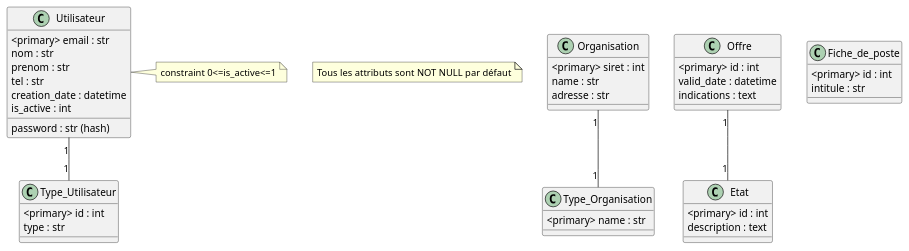
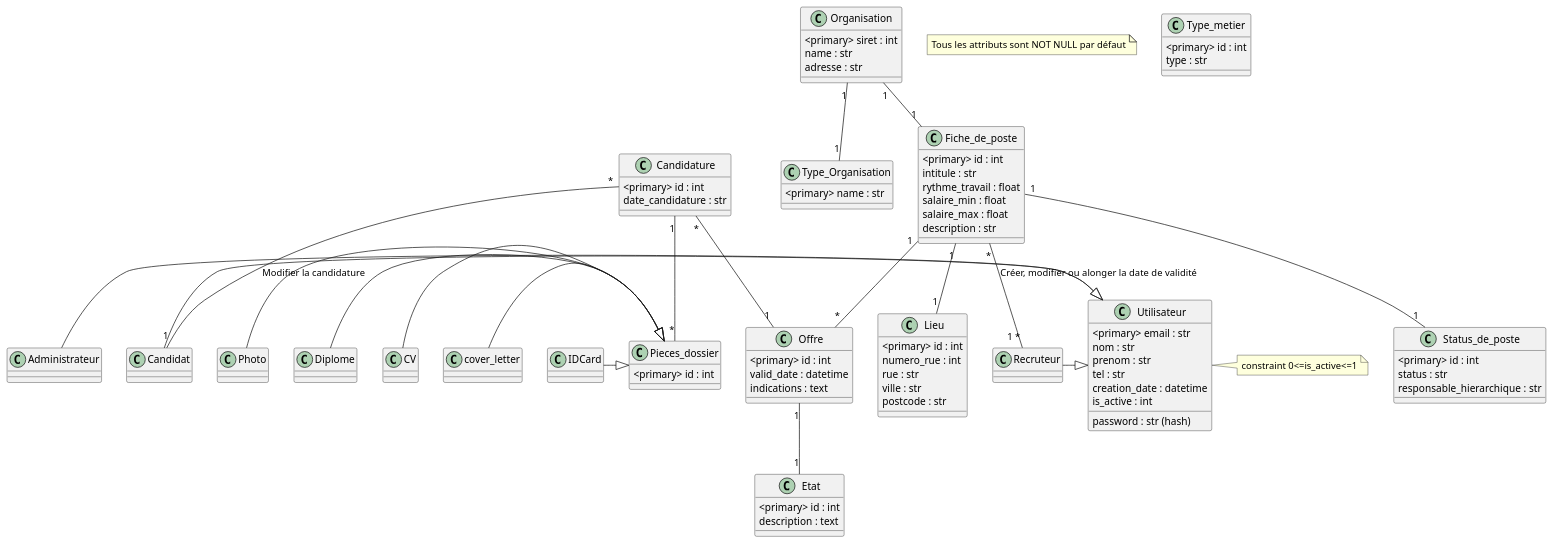
Before and after one commit to alexandreeberhardt/SR10_Website: the diagram in TD1/UML.puml, drawn with PlantUML.

Commit message:
puml for database

```diff
--- a/TD1/UML.puml
+++ b/TD1/UML.puml
@@ -1,54 +1,115 @@
 @startuml
 note "Tous les attributs sont NOT NULL par défaut" as note
 
 
-class Type_Utilisateur{
-  <primary> id : int 
-  type : str
-}
 
 
 class Utilisateur{
   <primary> email : str
   password : str (hash)
   nom : str
   prenom : str
   tel : str
   creation_date : datetime
   is_active : int
 }
 note right
   constraint 0<=is_active<=1
 end note
+
+class Administrateur{
+}
+
+class Candidat{
+}
+class Recruteur{
+}
+
+
 
 class Type_Organisation{
   <primary> name : str
 }
 
 class Organisation{
   <primary> siret : int
   name : str
   adresse : str
 }
 
 class Etat{
   <primary> id : int
   description : text
 }
 
 class Offre{
   <primary> id : int
   valid_date : datetime
   indications : text
 }
 
 class Fiche_de_poste{
   <primary> id : int
   intitule : str
+  rythme_travail : float
+  salaire_min : float
+  salaire_max : float
+  description : str
+}
+
+class Status_de_poste{
+  <primary> id : int
+  status : str
+  responsable_hierarchique : str
+}
+class Type_metier{
+  <primary> id : int
+  type : str
+}
+
+class Lieu{
+  <primary> id : int
+  numero_rue : int
+  rue : str
+  ville : str
+  postcode : str 
+}
+
+class Candidature{
+  <primary> id : int
+  date_candidature : str
 
 }
 
+class Pieces_dossier{
+  <primary> id : int
+}
+
+class CV{}
+class cover_letter{}
+class IDCard{}
+class Photo{}
+class Diplome{}
+
+CV -|> Pieces_dossier
+cover_letter -|> Pieces_dossier
+IDCard -|> Pieces_dossier
+Photo -|> Pieces_dossier
+Diplome -|> Pieces_dossier
+
+Candidature "*" -- "1" Candidat : "Modifier la candidature"
+Candidature "*" -- "1" Offre
+Candidature "1" -- "*" Pieces_dossier
 Offre "1" -- "1" Etat
-Utilisateur "1" -- "1" Type_Utilisateur
+Administrateur -|> Utilisateur
+Recruteur -|> Utilisateur
+Candidat -|> Utilisateur
 Organisation "1" -- "1" Type_Organisation
+Organisation "1" -- "1" Fiche_de_poste
+Fiche_de_poste "1" -- "*" Offre 
+Fiche_de_poste "1" -- "1" Status_de_poste 
+Fiche_de_poste "1" -- "1" Lieu 
+Fiche_de_poste "*" -- "1 *" Recruteur : "Créer, modifier ou alonger la date de validité"
+
+
 @enduml
```
